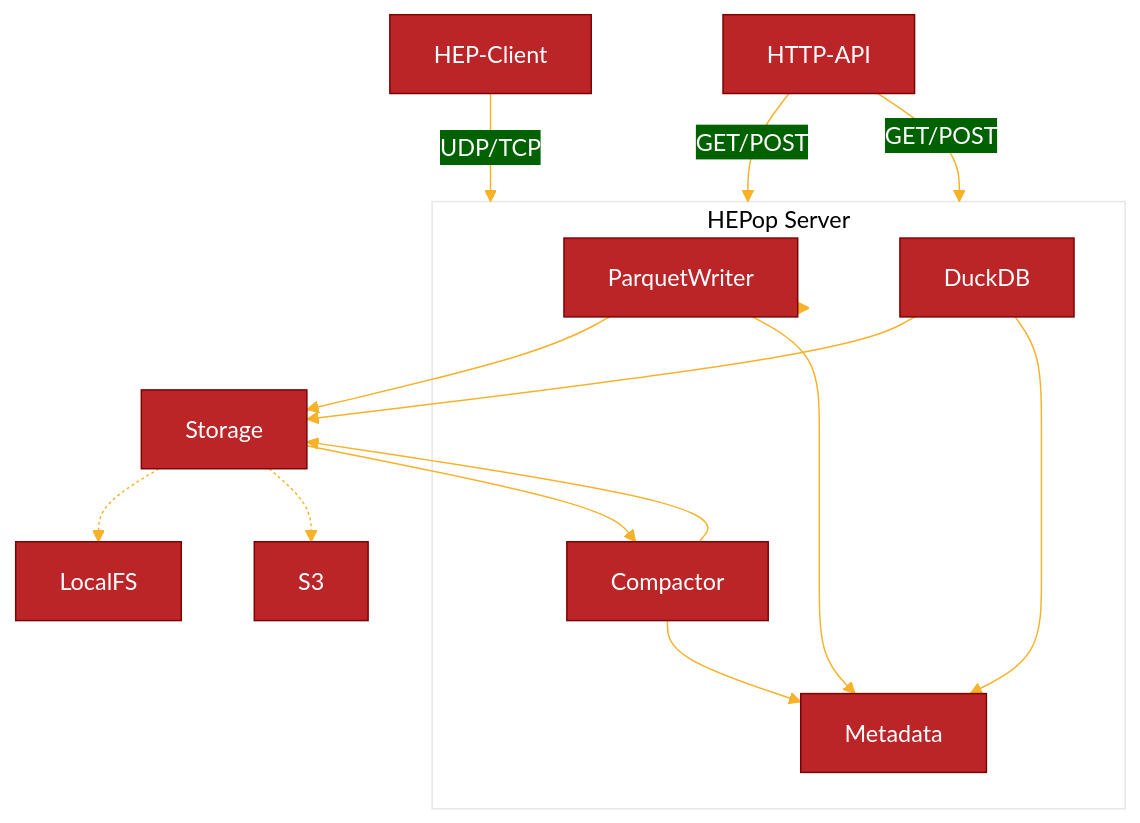
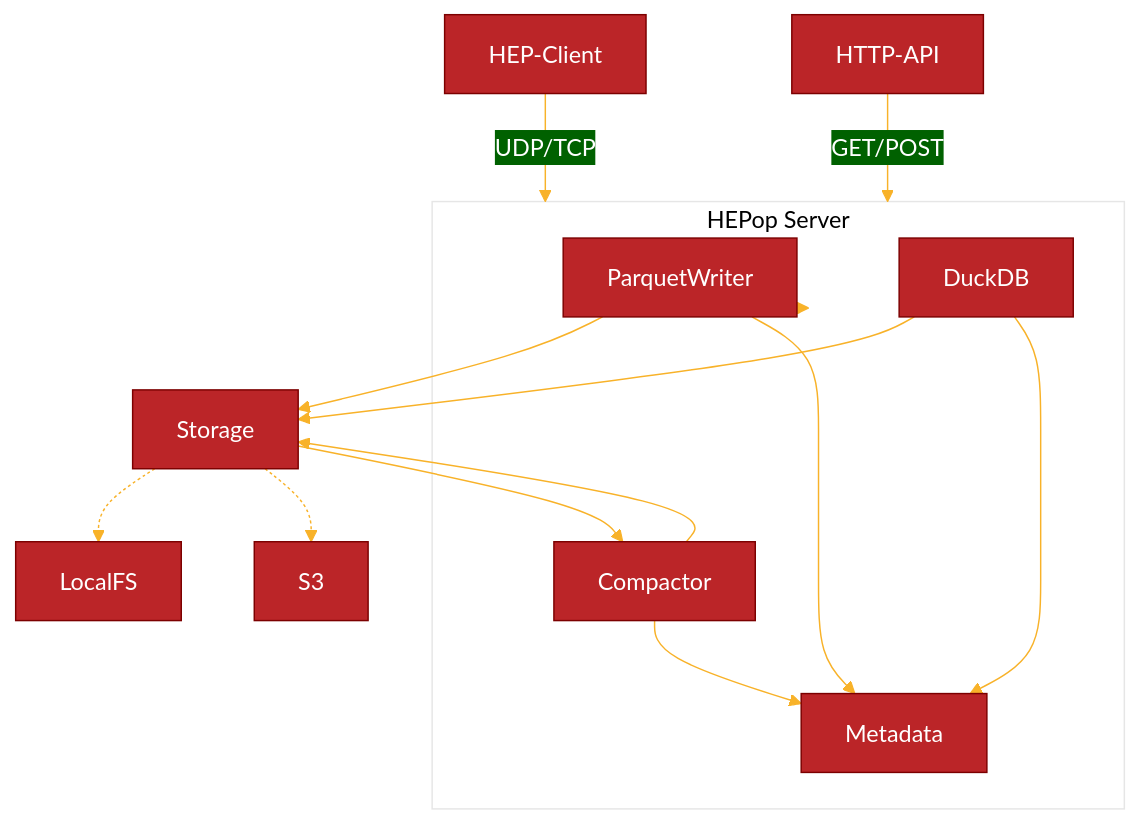
The diagram in README.md (sipcapture/HEPop), drawn with Mermaid before and after one commit. The commit also changed other lines of this file, not shown here.

````diff
--- a/README.md
+++ b/README.md
@@ -22,38 +22,37 @@
 ```mermaid
 %%{
   init: {
     'theme': 'base',
     'themeVariables': {
       'primaryColor': '#BB2528',
       'primaryTextColor': '#fff',
       'primaryBorderColor': '#7C0000',
       'lineColor': '#F8B229',
       'secondaryColor': '#006100',
       'tertiaryColor': '#fff'
     }
   }
 }%%
 
   graph TD;
       HEP-Client-- UDP/TCP -->HEPop;
       HEPop-->ParquetWriter;
       ParquetWriter-->Storage;
       ParquetWriter-->Metadata;
       Storage-->Compactor;
       Compactor-->Storage;
       Compactor-->Metadata;
       Storage-.->LocalFS;
       Storage-.->S3;
       HTTP-API-- GET/POST --> HEPop;
-      HTTP-API-- GET/POST --> HEPop;
       DuckDB-->Storage;
       DuckDB-->Metadata;
 
       subgraph HEPop[HEPop Server]
         ParquetWriter
         Compactor
         Metadata;
         DuckDB;
       end
 
 ```
````
